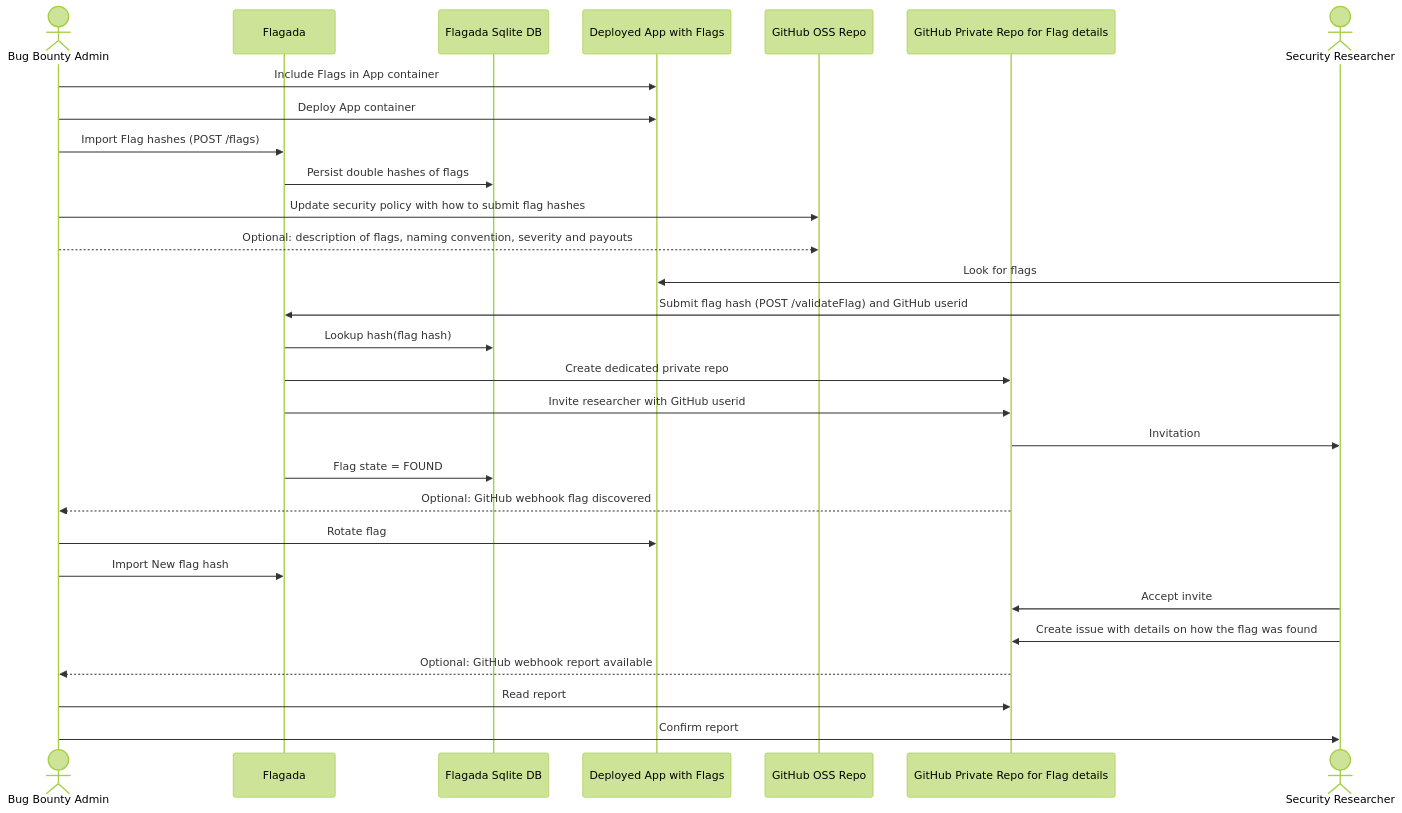
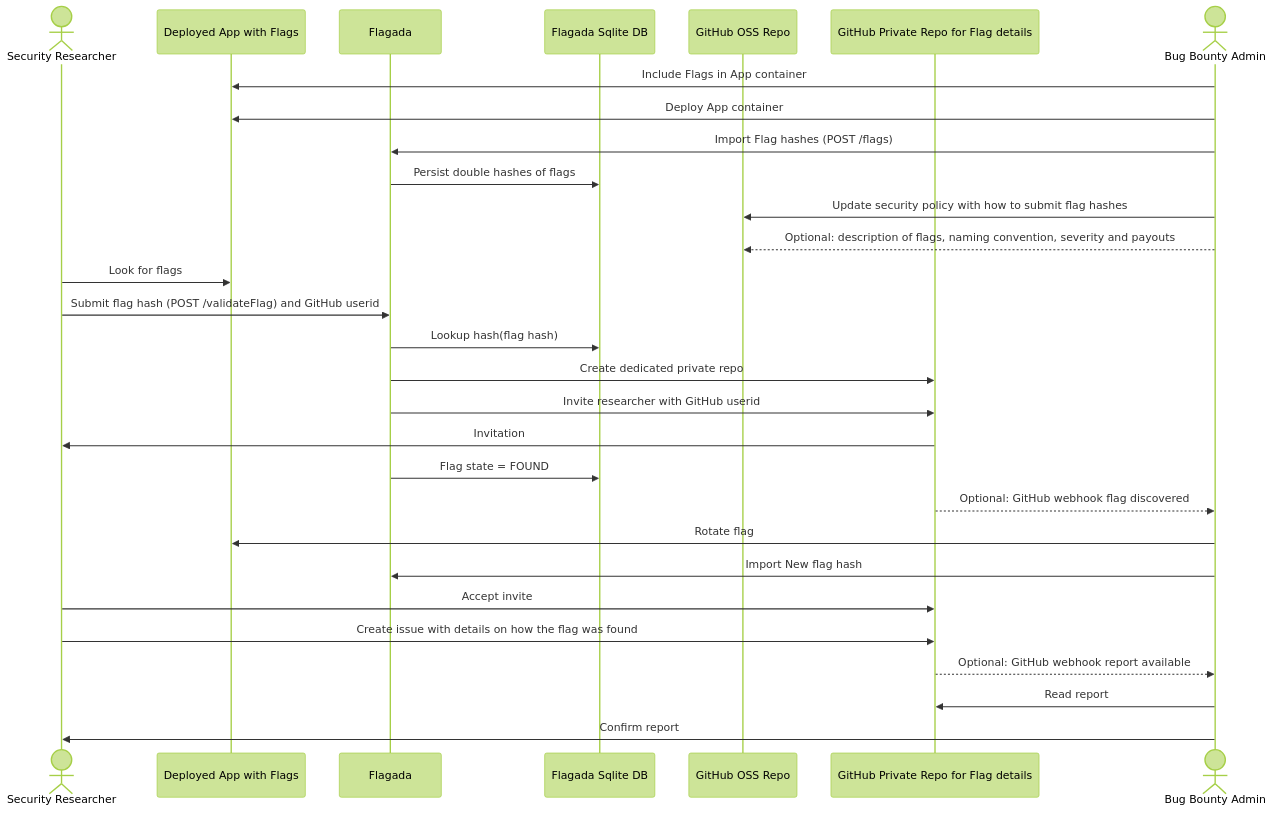
Before and after one commit to appsecmatters/flagada: the diagram in opensource_workflow.md, drawn with Mermaid (forest theme). The commit also changed other lines of this file, not shown here.

Commit message:
Sequence diagram first flow

````diff
--- a/opensource_workflow.md
+++ b/opensource_workflow.md
@@ -3,40 +3,40 @@
 ```mermaid
 sequenceDiagram
-    actor Admin as Bug Bounty Admin
+    actor Researcher as Security Researcher
+    participant App as Deployed App with Flags
     participant Flagada
     participant DB as Flagada Sqlite DB
-    participant App as Deployed App with Flags
     participant GitHub as GitHub OSS Repo
     participant GitHub2 as GitHub Private Repo for Flag details
-    actor Researcher as Security Researcher
+    actor Admin as Bug Bounty Admin
 
     Admin->>App: Include Flags in App container
     Admin->>App: Deploy App container
     Admin->>Flagada: Import Flag hashes (POST /flags)
     Flagada->>DB: Persist double hashes of flags
     Admin->>GitHub: Update security policy with how to submit flag hashes
     Admin-->>GitHub: Optional: description of flags, naming convention, severity and payouts
     
     Researcher->>App: Look for flags
 
     Researcher->>Flagada: Submit flag hash (POST /validateFlag) and GitHub userid
     Flagada->>DB: Lookup hash(flag hash)
 
     Flagada->>GitHub2: Create dedicated private repo
     Flagada->>GitHub2: Invite researcher with GitHub userid
     GitHub2->>Researcher: Invitation
     Flagada->>DB: Flag state = FOUND
     GitHub2-->>Admin: Optional: GitHub webhook flag discovered
 
     Admin->>App: Rotate flag
     Admin->>Flagada: Import New flag hash
 
     Researcher->>GitHub2: Accept invite
 
     Researcher->>GitHub2: Create issue with details on how the flag was found
     GitHub2-->>Admin: Optional: GitHub webhook report available
 
     Admin->>GitHub2: Read report
     Admin->>Researcher: Confirm report
 
 ```
````
